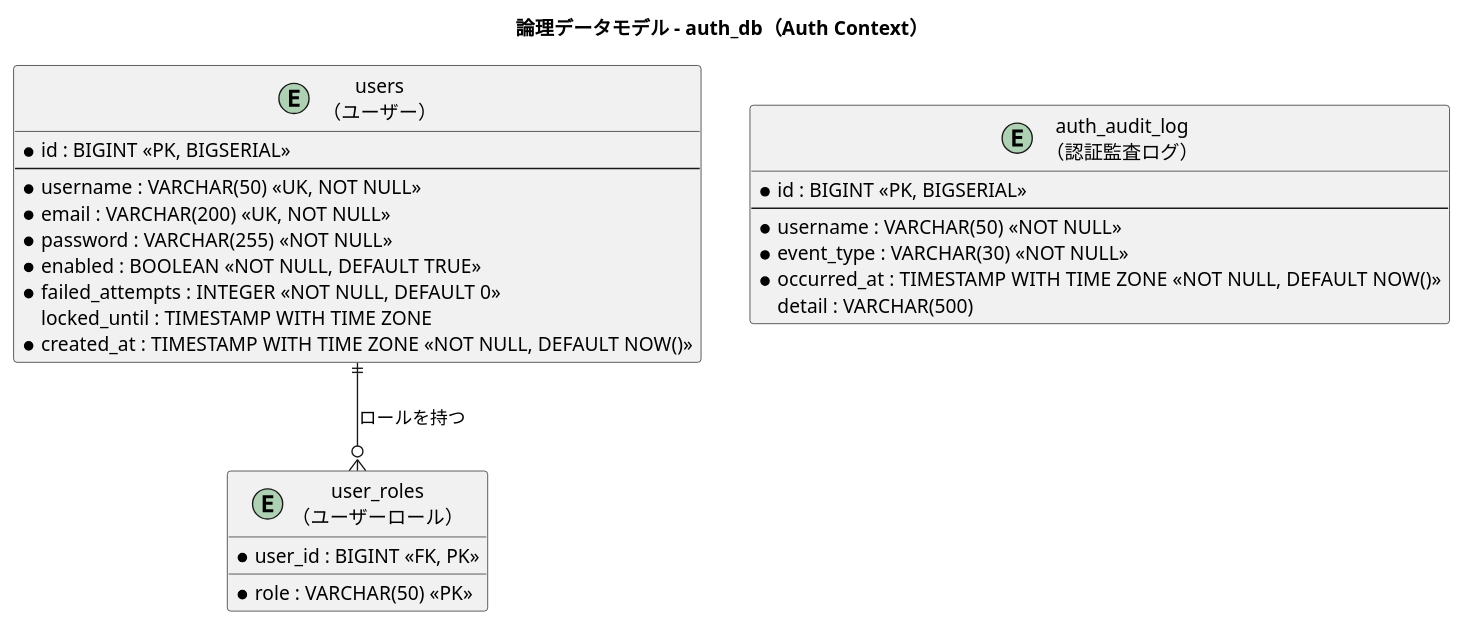
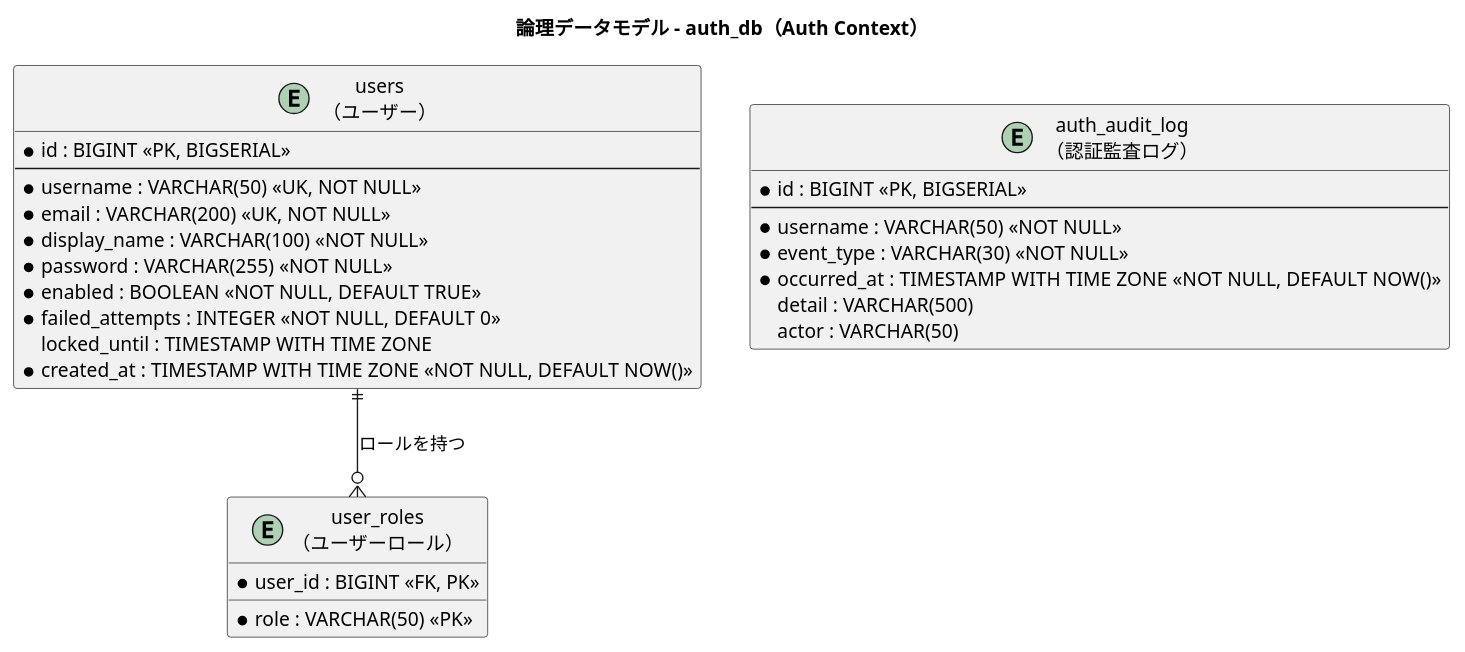
Before and after one commit to k2works/case-study-cargo-tracker: the second of 7 diagrams in docs/design/data-model.md, drawn with PlantUML. The commit also changed other lines of this file and 2 other files, not shown here.

First line of the commit message:
test(schema): 設計と実スキーマのずれを検査に落とす

````diff
--- a/docs/design/data-model.md
+++ b/docs/design/data-model.md
@@ -336,34 +336,36 @@
 ```plantuml
 @startuml
 title 論理データモデル - auth_db（Auth Context）
 
 entity "users\n（ユーザー）" as users {
   * id : BIGINT <<PK, BIGSERIAL>>
   --
   * username : VARCHAR(50) <<UK, NOT NULL>>
   * email : VARCHAR(200) <<UK, NOT NULL>>
+  * display_name : VARCHAR(100) <<NOT NULL>>
   * password : VARCHAR(255) <<NOT NULL>>
   * enabled : BOOLEAN <<NOT NULL, DEFAULT TRUE>>
   * failed_attempts : INTEGER <<NOT NULL, DEFAULT 0>>
   locked_until : TIMESTAMP WITH TIME ZONE
   * created_at : TIMESTAMP WITH TIME ZONE <<NOT NULL, DEFAULT NOW()>>
 }
 
 entity "user_roles\n（ユーザーロール）" as user_roles {
   * user_id : BIGINT <<FK, PK>>
   * role : VARCHAR(50) <<PK>>
 }
 
 entity "auth_audit_log\n（認証監査ログ）" as auth_audit_log {
   * id : BIGINT <<PK, BIGSERIAL>>
   --
   * username : VARCHAR(50) <<NOT NULL>>
   * event_type : VARCHAR(30) <<NOT NULL>>
   * occurred_at : TIMESTAMP WITH TIME ZONE <<NOT NULL, DEFAULT NOW()>>
   detail : VARCHAR(500)
+  actor : VARCHAR(50)
 }
 
 users ||--o{ user_roles : "ロールを持つ"
 
 @enduml
 ```
````
